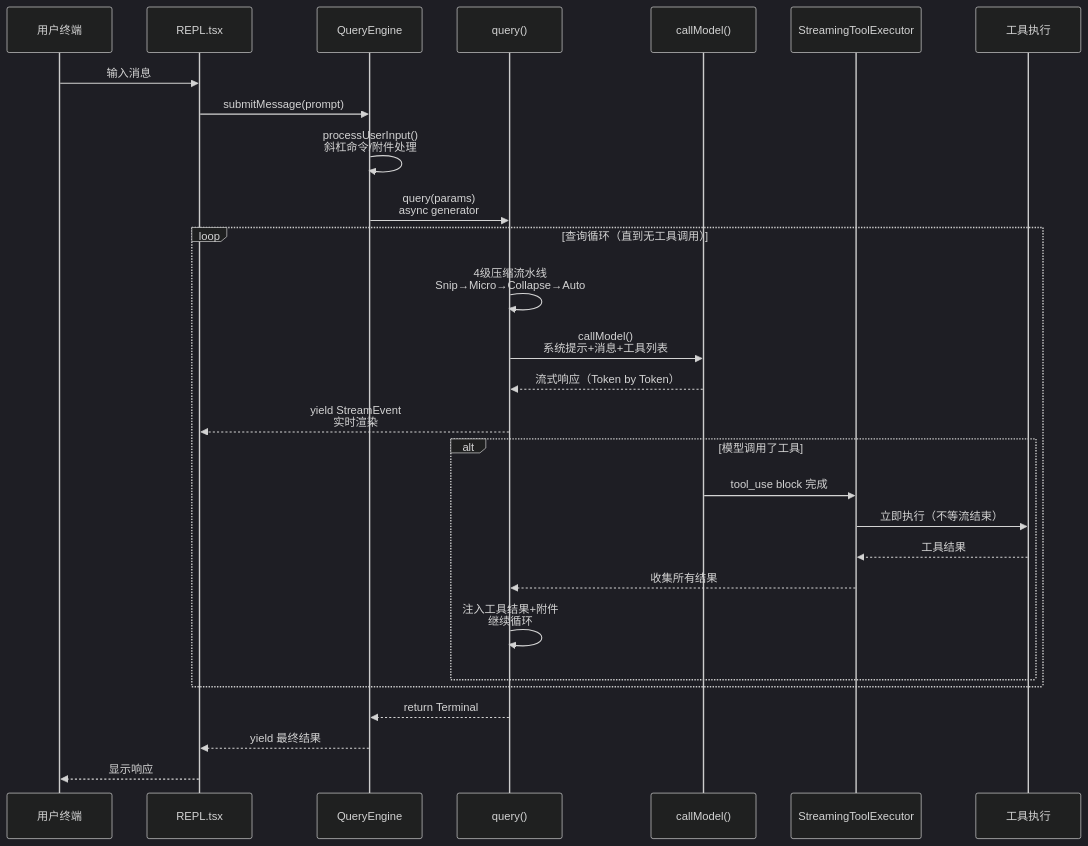
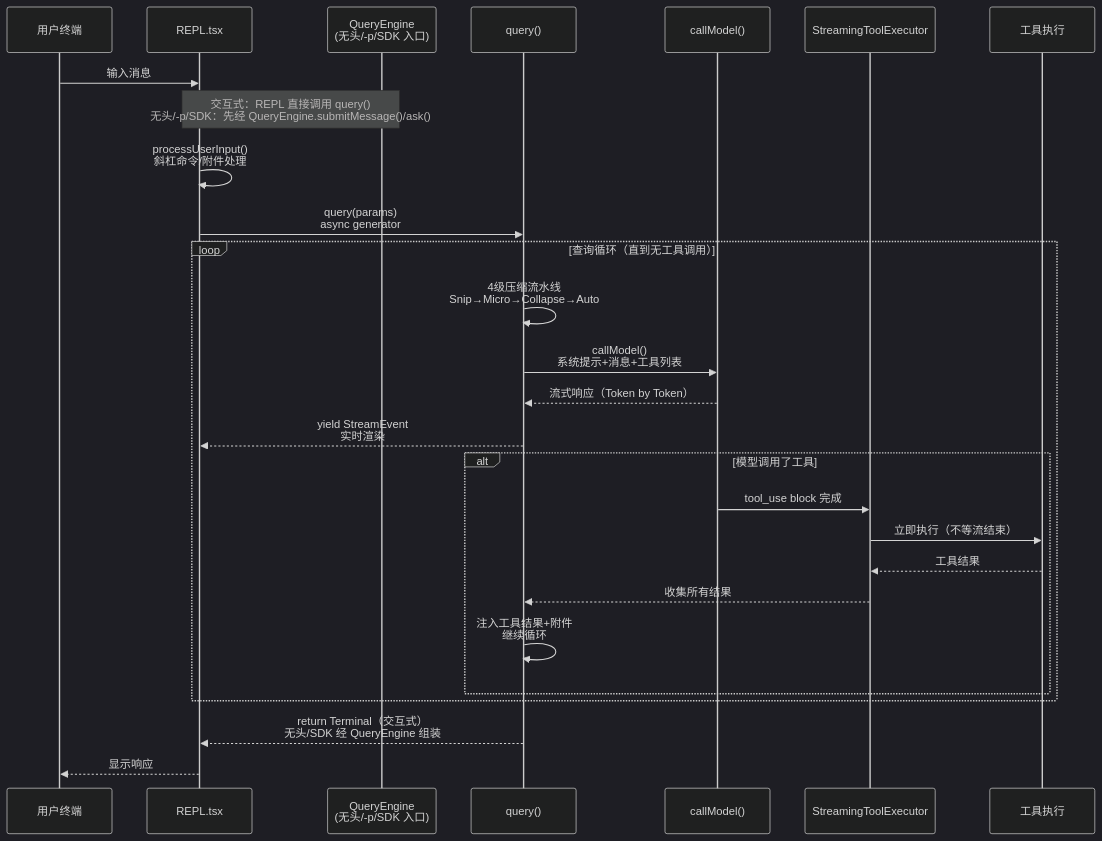
The first of 3 diagrams in docs/01-overview.md (Windy3f3f3f3f/how-claude-code-works), drawn with Mermaid (dark theme) before and after one commit. The commit also changed other lines of this file and 36 other files, not shown here.

````diff
--- a/docs/01-overview.md
+++ b/docs/01-overview.md
@@ -289,34 +289,33 @@
 ```mermaid
 sequenceDiagram
     participant User as 用户终端
     participant REPL as REPL.tsx
-    participant QE as QueryEngine
+    participant QE as QueryEngine<br/>(无头/-p/SDK 入口)
     participant Q as query()
     participant API as callModel()
     participant STE as StreamingToolExecutor
     participant Tool as 工具执行
 
     User->>REPL: 输入消息
-    REPL->>QE: submitMessage(prompt)
-    QE->>QE: processUserInput()<br/>斜杠命令/附件处理
-    QE->>Q: query(params)<br/>async generator
+    Note over REPL,QE: 交互式：REPL 直接调用 query()<br/>无头/-p/SDK：先经 QueryEngine.submitMessage()/ask()
+    REPL->>REPL: processUserInput()<br/>斜杠命令/附件处理
+    REPL->>Q: query(params)<br/>async generator
 
     loop 查询循环（直到无工具调用）
         Q->>Q: 4级压缩流水线<br/>Snip→Micro→Collapse→Auto
         Q->>API: callModel()<br/>系统提示+消息+工具列表
         API-->>Q: 流式响应（Token by Token）
         Q-->>REPL: yield StreamEvent<br/>实时渲染
 
         alt 模型调用了工具
             API->>STE: tool_use block 完成
             STE->>Tool: 立即执行（不等流结束）
             Tool-->>STE: 工具结果
             STE-->>Q: 收集所有结果
             Q->>Q: 注入工具结果+附件<br/>继续循环
         end
     end
 
-    Q-->>QE: return Terminal
-    QE-->>REPL: yield 最终结果
+    Q-->>REPL: return Terminal（交互式）<br/>无头/SDK 经 QueryEngine 组装
     REPL-->>User: 显示响应
 ```
````
